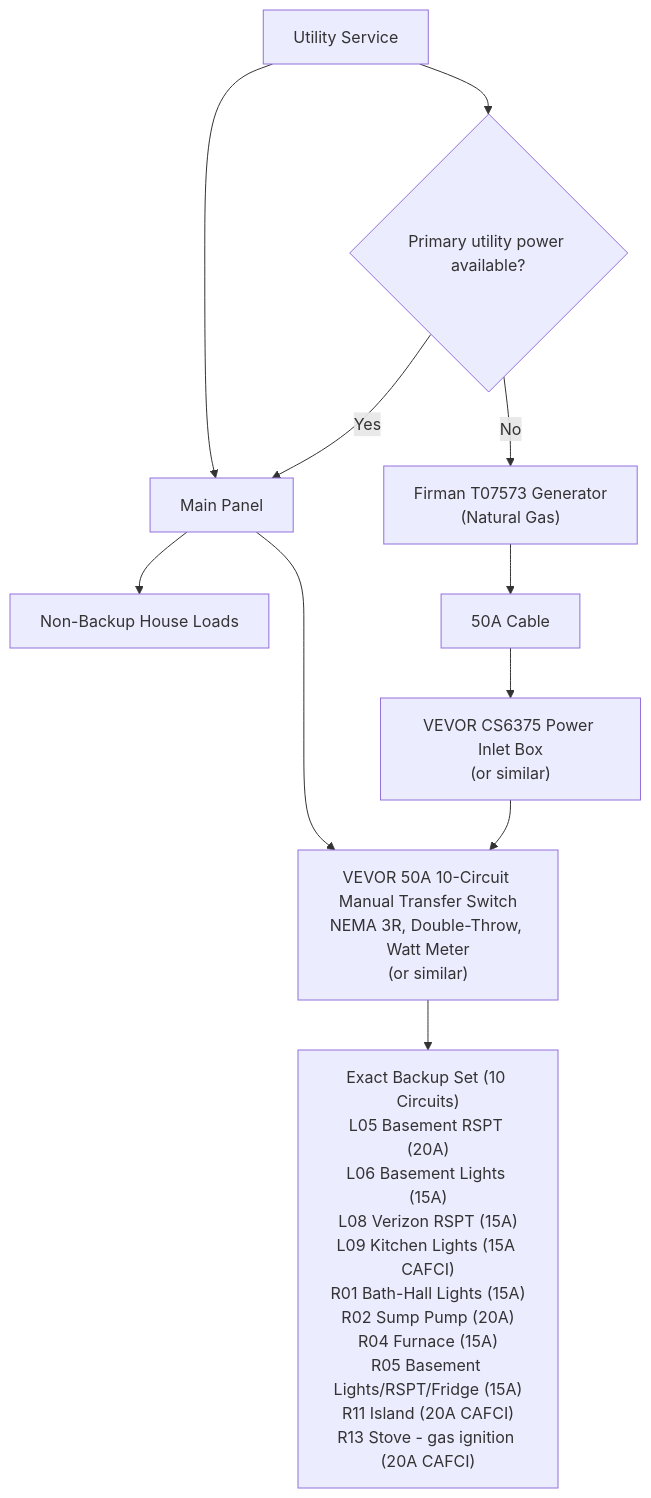
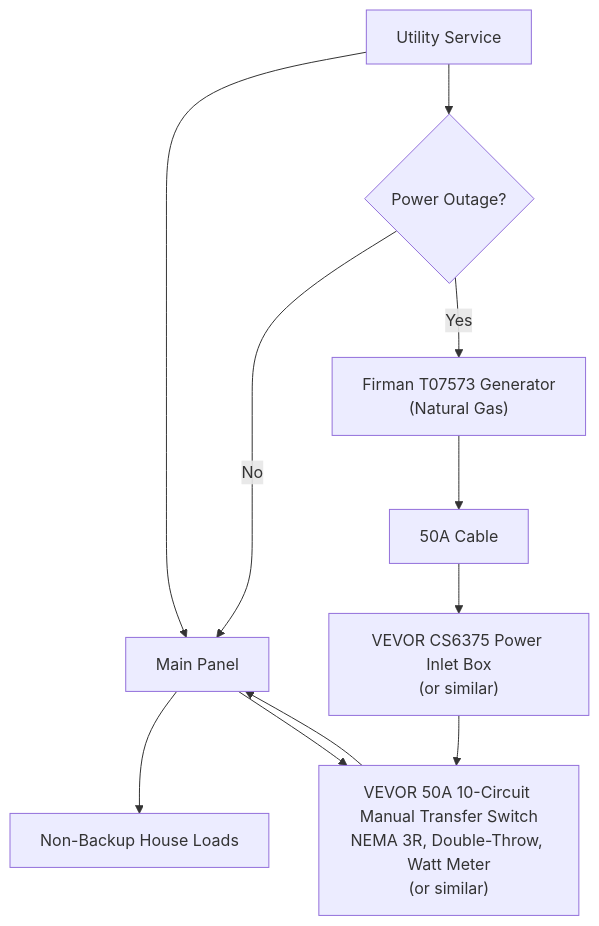
One commit to got-gutch/home_energy_system changed the diagram in residential_backup_design.md. Above: the diagram before and after it, drawn with Mermaid.

Commit message:
Update flowchart for power outage handling

````diff
--- a/residential_backup_design.md
+++ b/residential_backup_design.md
@@ -3,15 +3,15 @@
 ```mermaid
 flowchart TD
     U["Utility Service"] --> MP["Main Panel"]
     MP --> H["Non-Backup House Loads"]
 
-    U --> OUTAGE{"Primary utility power available?"}
-    OUTAGE -- Yes --> MP
+    U --> OUTAGE{"Power Outage?"}
+    OUTAGE -- No --> MP
 
-    OUTAGE -- No --> G["Firman T07573 Generator<br/>(Natural Gas)"]
+    OUTAGE -- Yes --> G["Firman T07573 Generator<br/>(Natural Gas)"]
     G --> C["50A Cable"]
     C --> I["VEVOR CS6375 Power Inlet Box<br/>(or similar)"]
     I --> TS["VEVOR 50A 10-Circuit Manual Transfer Switch<br/>NEMA 3R, Double-Throw, Watt Meter<br/>(or similar)"]
     MP --> TS
-    TS --> CL["Exact Backup Set (10 Circuits)<br/>L05 Basement RSPT (20A)<br/>L06 Basement Lights (15A)<br/>L08 Verizon RSPT (15A)<br/>L09 Kitchen Lights (15A CAFCI)<br/>R01 Bath-Hall Lights (15A)<br/>R02 Sump Pump (20A)<br/>R04 Furnace (15A)<br/>R05 Basement Lights/RSPT/Fridge (15A)<br/>R11 Island (20A CAFCI)<br/>R13 Stove - gas ignition (20A CAFCI)"]
+    TS --> MP
 ```
````
